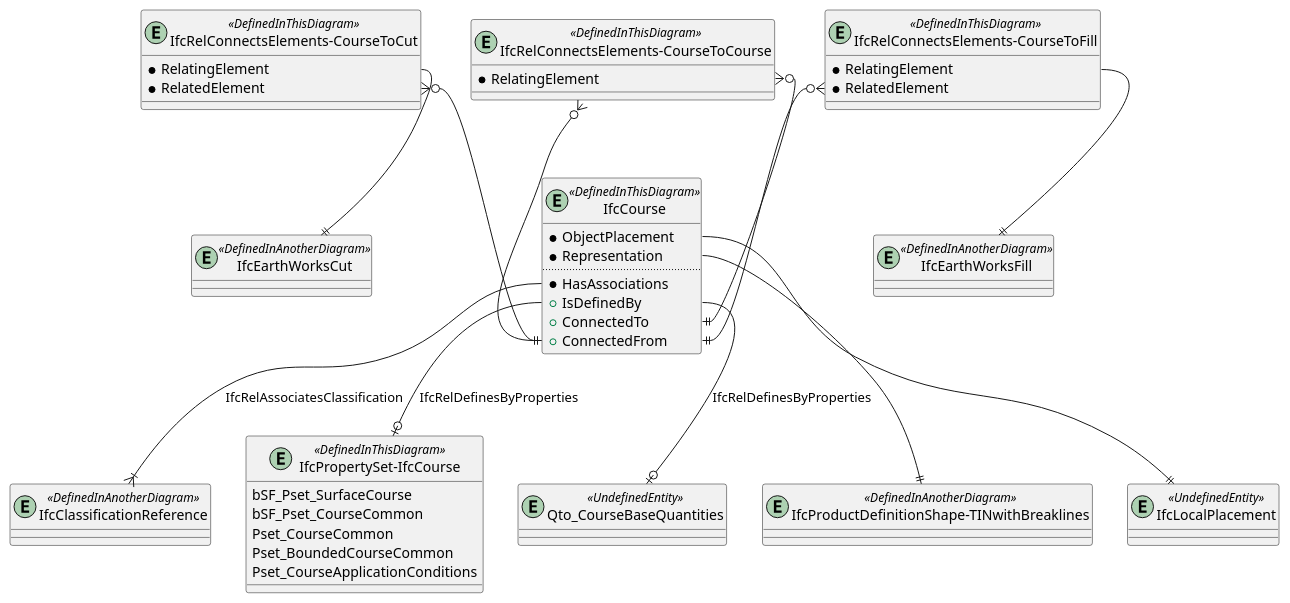
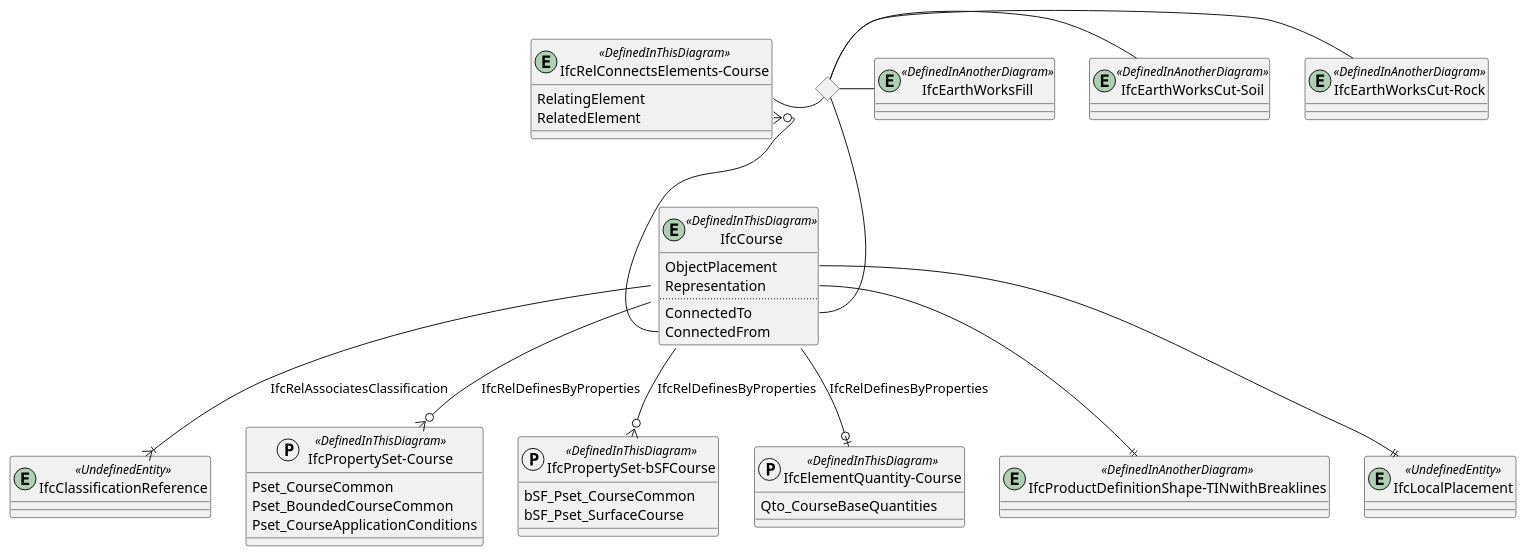
The diagram in diagrams/bsf-IfcCourse.pu (buildingSMART-Finland/RYTV-IFCRoute), drawn with PlantUML before and after one commit. The commit also changed 25 other files, not shown here.

```diff
--- a/diagrams/bsf-IfcCourse.pu
+++ b/diagrams/bsf-IfcCourse.pu
@@ -1,96 +1,61 @@
 @startuml 
-
 
 entity IfcCourse <<DefinedInThisDiagram>>
 {
-  *ObjectPlacement
-  *Representation
+  ObjectPlacement
+  Representation
   ..
-  *HasAssociations
-  +IsDefinedBy
-  +ConnectedTo
-  +ConnectedFrom
+  ConnectedTo
+  ConnectedFrom
 }
 
-entity IfcClassificationReference <<DefinedInAnotherDiagram>>
-
-entity IfcPropertySet-IfcCourse <<DefinedInThisDiagram>>
-{
-    bSF_Pset_SurfaceCourse
-    bSF_Pset_CourseCommon
-    Pset_CourseCommon
-    Pset_BoundedCourseCommon
-    Pset_CourseApplicationConditions
-}
-
-'entity bSF_Pset_SurfaceCourse <<DefinedInAnotherDiagram>>
-
-
-'protocol bSF_Pset_CourseCommon <<DefinedInAnotherDiagram>>
-
-
-entity Qto_CourseBaseQuantities <<UndefinedEntity>>
-
-'protocol Pset_CourseCommon <<UndefinedEntity>>
-
-'protocol Pset_BoundedCourseCommon <<UndefinedEntity>>
-
-'protocol Pset_CourseApplicationConditions <<Undefinedentity>>
-
-
-IfcCourse::HasAssociations --|{ IfcClassificationReference : IfcRelAssociatesClassification
+entity IfcClassificationReference <<UndefinedEntity>>
+IfcCourse --|{ IfcClassificationReference : IfcRelAssociatesClassification
 
 entity "IfcProductDefinitionShape-TINwithBreaklines" <<DefinedInAnotherDiagram>>
-
 IfcCourse::Representation --|| "IfcProductDefinitionShape-TINwithBreaklines"
 
 entity IfcLocalPlacement <<UndefinedEntity>>
 IfcCourse::ObjectPlacement --|| IfcLocalPlacement
 
-IfcCourse::IsDefinedBy --o| "IfcPropertySet-IfcCourse" : IfcRelDefinesByProperties
-'IfcCourse::IsDefinedBy --o| bSF_Pset_CourseCommon : IfcRelDefinesByProperties
-'IfcCourse::IsDefinedBy --o| bSF_Pset_SurfaceCourse  : IfcRelDefinesByProperties
-'IfcCourse::IsDefinedBy --o| Pset_CourseCommon : IfcRelDefinesByProperties
-'IfcCourse::IsDefinedBy --o| Pset_BoundedCourseCommon : IfcRelDefinesByProperties
-'IfcCourse::IsDefinedBy --o| Pset_CourseApplicationConditions : IfcRelDefinesByProperties
+protocol "IfcPropertySet-Course" <<DefinedInThisDiagram>>
+{
+    Pset_CourseCommon
+    Pset_BoundedCourseCommon
+    Pset_CourseApplicationConditions
+}
+IfcCourse --o{ "IfcPropertySet-Course" : IfcRelDefinesByProperties
 
-IfcCourse::IsDefinedBy --o| Qto_CourseBaseQuantities : IfcRelDefinesByProperties
+protocol "IfcPropertySet-bSFCourse" <<DefinedInThisDiagram>>
+{
+    bSF_Pset_CourseCommon
+    bSF_Pset_SurfaceCourse
+}
+IfcCourse --o{ "IfcPropertySet-bSFCourse" : IfcRelDefinesByProperties
 
-entity IfcEarthWorksCut <<DefinedInAnotherDiagram>>
+protocol "IfcElementQuantity-Course" <<DefinedInThisDiagram>>
+{
+    Qto_CourseBaseQuantities
+}
+IfcCourse --o| "IfcElementQuantity-Course" : IfcRelDefinesByProperties
 
+entity "IfcRelConnectsElements-Course" <<DefinedInThisDiagram>>
+{
+  RelatingElement
+  RelatedElement
+}
+IfcCourse::ConnectedFrom --o{ "IfcRelConnectsElements-Course::RelatedElement" 
+
+
+entity "IfcEarthWorksCut-Rock" <<DefinedInAnotherDiagram>>
+entity "IfcEarthWorksCut-Soil" <<DefinedInAnotherDiagram>>
 entity IfcEarthWorksFill <<DefinedInAnotherDiagram>>
 
-
-entity "IfcRelConnectsElements-CourseToCut" <<DefinedInThisDiagram>>
-{
-  *RelatingElement
-  *RelatedElement
-}
-
-"IfcRelConnectsElements-CourseToCut::RelatingElement" --|| IfcEarthWorksCut
-"IfcRelConnectsElements-CourseToCut::RelatedElement" }o--|| IfcCourse::ConnectedFrom
-
-
-entity "IfcRelConnectsElements-CourseToCourse" <<DefinedInThisDiagram>>
-{
-  *RelatingElement
-}
-
-
-"IfcRelConnectsElements-CourseToCourse::RelatingElement" }o--|| IfcCourse::ConnectedTo
-"IfcRelConnectsElements-CourseToCourse::RelatedElement" }o--|| IfcCourse::ConnectedFrom
-
-
-entity "IfcRelConnectsElements-CourseToFill" <<DefinedInThisDiagram>>
-{
-  *RelatingElement
-  *RelatedElement
-}
-
-"IfcRelConnectsElements-CourseToFill::RelatingElement" --|| IfcEarthWorksFill
-"IfcRelConnectsElements-CourseToFill::RelatedElement" }o--|| IfcCourse::ConnectedFrom
-
-
-
+<> choice
+"IfcRelConnectsElements-Course::RelatingElement" - choice
+choice - IfcCourse::ConnectedTo
+choice - "IfcEarthWorksCut-Rock"
+choice - "IfcEarthWorksCut-Soil"
+choice - IfcEarthWorksFill
 
 @enduml
```
